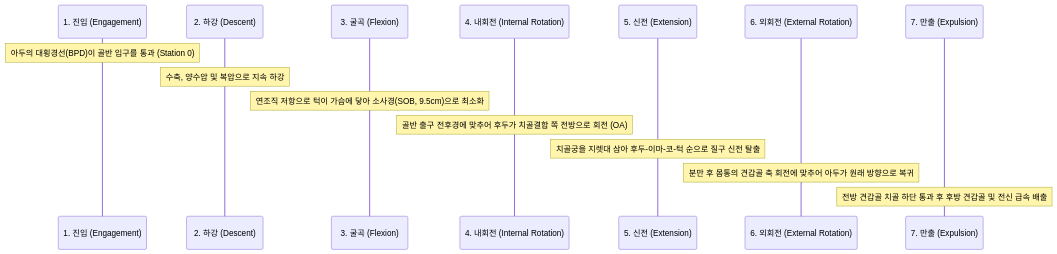
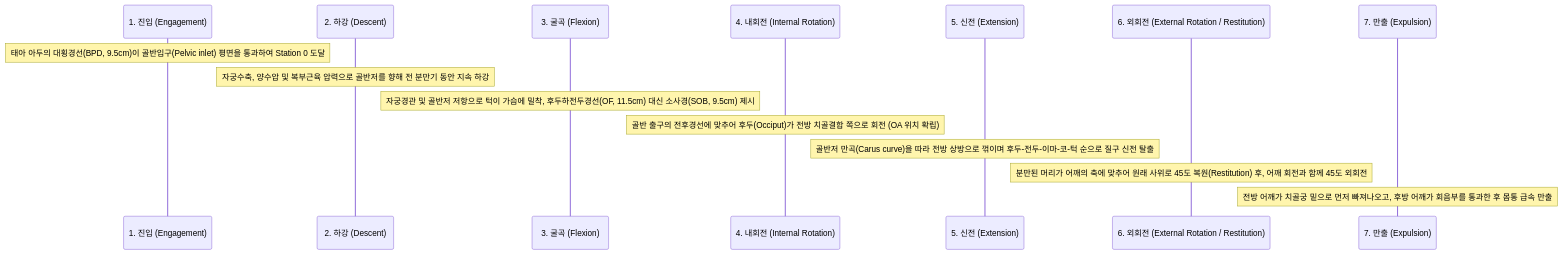
The third of 5 diagrams in content/5. 독서, 노트/독서/네터해부학/Vol1_생식기계/Day12_임신_해부발생_태반생리_산과합병증_분만학.md (simbio11/simbio-digital-garden2), drawn with Mermaid before and after one commit. The commit also changed other lines of this file and 9 other files, not shown here.

````diff
--- a/content/5. 독서, 노트/독서/네터해부학/Vol1_생식기계/Day12_임신_해부발생_태반생리_산과합병증_분만학.md
+++ b/content/5. 독서, 노트/독서/네터해부학/Vol1_생식기계/Day12_임신_해부발생_태반생리_산과합병증_분만학.md
@@ -522,19 +921,19 @@
 ```mermaid
 sequenceDiagram
     autonumber
     participant E as 1. 진입 (Engagement)
     participant D as 2. 하강 (Descent)
     participant F as 3. 굴곡 (Flexion)
     participant IR as 4. 내회전 (Internal Rotation)
     participant Ex as 5. 신전 (Extension)
-    participant ER as 6. 외회전 (External Rotation)
+    participant ER as 6. 외회전 (External Rotation / Restitution)
     participant Exp as 7. 만출 (Expulsion)
 
-    Note over E: 아두의 대횡경선(BPD)이 골반 입구를 통과 (Station 0)
-    Note over D: 수축, 양수압 및 복압으로 지속 하강
-    Note over F: 연조직 저항으로 턱이 가슴에 닿아 소사경(SOB, 9.5cm)으로 최소화
-    Note over IR: 골반 출구 전후경에 맞추어 후두가 치골결합 쪽 전방으로 회전 (OA)
-    Note over Ex: 치골궁을 지렛대 삼아 후두-이마-코-턱 순으로 질구 신전 탈출
-    Note over ER: 분만 후 몸통의 견갑골 축 회전에 맞추어 아두가 원래 방향으로 복귀
-    Note over Exp: 전방 견갑골 치골 하단 통과 후 후방 견갑골 및 전신 급속 배출
+    Note over E: 태아 아두의 대횡경선(BPD, 9.5cm)이 골반입구(Pelvic inlet) 평면을 통과하여 Station 0 도달
+    Note over D: 자궁수축, 양수압 및 복부근육 압력으로 골반저를 향해 전 분만기 동안 지속 하강
+    Note over F: 자궁경관 및 골반저 저항으로 턱이 가슴에 밀착, 후두하전두경선(OF, 11.5cm) 대신 소사경(SOB, 9.5cm) 제시
+    Note over IR: 골반 출구의 전후경선에 맞추어 후두(Occiput)가 전방 치골결합 쪽으로 회전 (OA 위치 확립)
+    Note over Ex: 골반저 만곡(Carus curve)을 따라 전방 상방으로 꺾이며 후두-전두-이마-코-턱 순으로 질구 신전 탈출
+    Note over ER: 분만된 머리가 어깨의 축에 맞추어 원래 사위로 45도 복원(Restitution) 후, 어깨 회전과 함께 45도 외회전
+    Note over Exp: 전방 어깨가 치골궁 밑으로 먼저 빠져나오고, 후방 어깨가 회음부를 통과한 후 몸통 급속 만출
 ```
````
